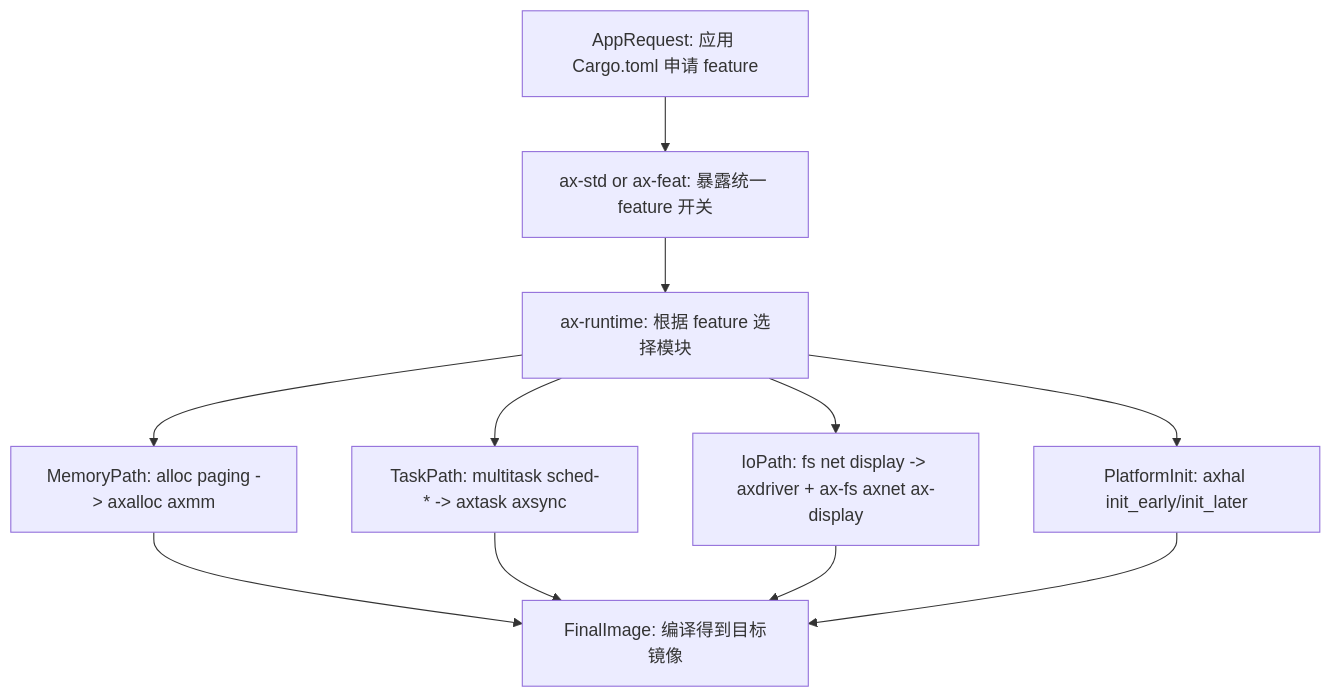
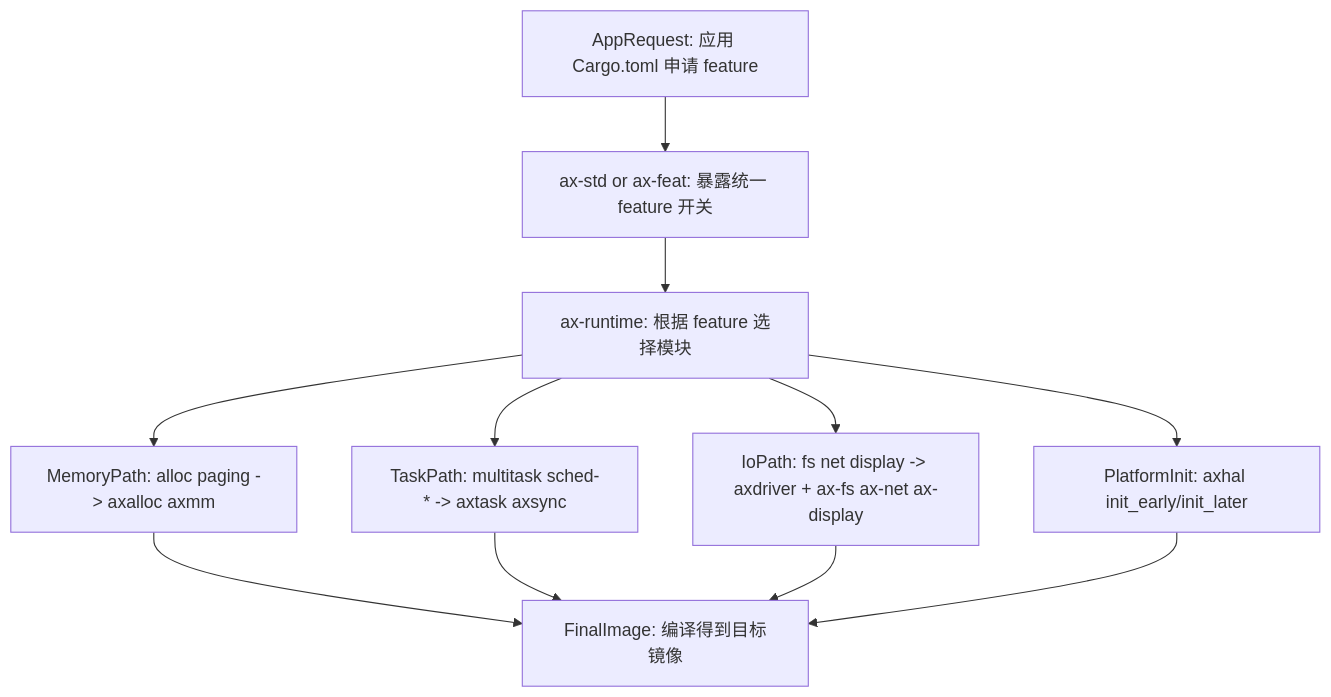
The second of 5 diagrams in docs/arceos-internals.md (zKurisu/tgoskits), drawn with Mermaid before and after one commit. The commit also changed other lines of this file and 44 other files, not shown here.

Commit message:
rename axnet to ax-net

````diff
--- a/docs/arceos-internals.md
+++ b/docs/arceos-internals.md
@@ -122,22 +122,22 @@
 ```mermaid
 flowchart TD
     appRequest["AppRequest: 应用 Cargo.toml 申请 feature"]
     axstdAxfeat["ax-std or ax-feat: 暴露统一 feature 开关"]
     runtimeGate["ax-runtime: 根据 feature 选择模块"]
     memPath["MemoryPath: alloc paging -> axalloc axmm"]
     taskPath["TaskPath: multitask sched-* -> axtask axsync"]
-    ioPath["IoPath: fs net display -> axdriver + ax-fs axnet ax-display"]
+    ioPath["IoPath: fs net display -> axdriver + ax-fs ax-net ax-display"]
     platformInit["PlatformInit: axhal init_early/init_later"]
     finalImage["FinalImage: 编译得到目标镜像"]
 
     appRequest --> axstdAxfeat
     axstdAxfeat --> runtimeGate
     runtimeGate --> memPath
     runtimeGate --> taskPath
     runtimeGate --> ioPath
     runtimeGate --> platformInit
     memPath --> finalImage
     taskPath --> finalImage
     ioPath --> finalImage
     platformInit --> finalImage
 ```
````
